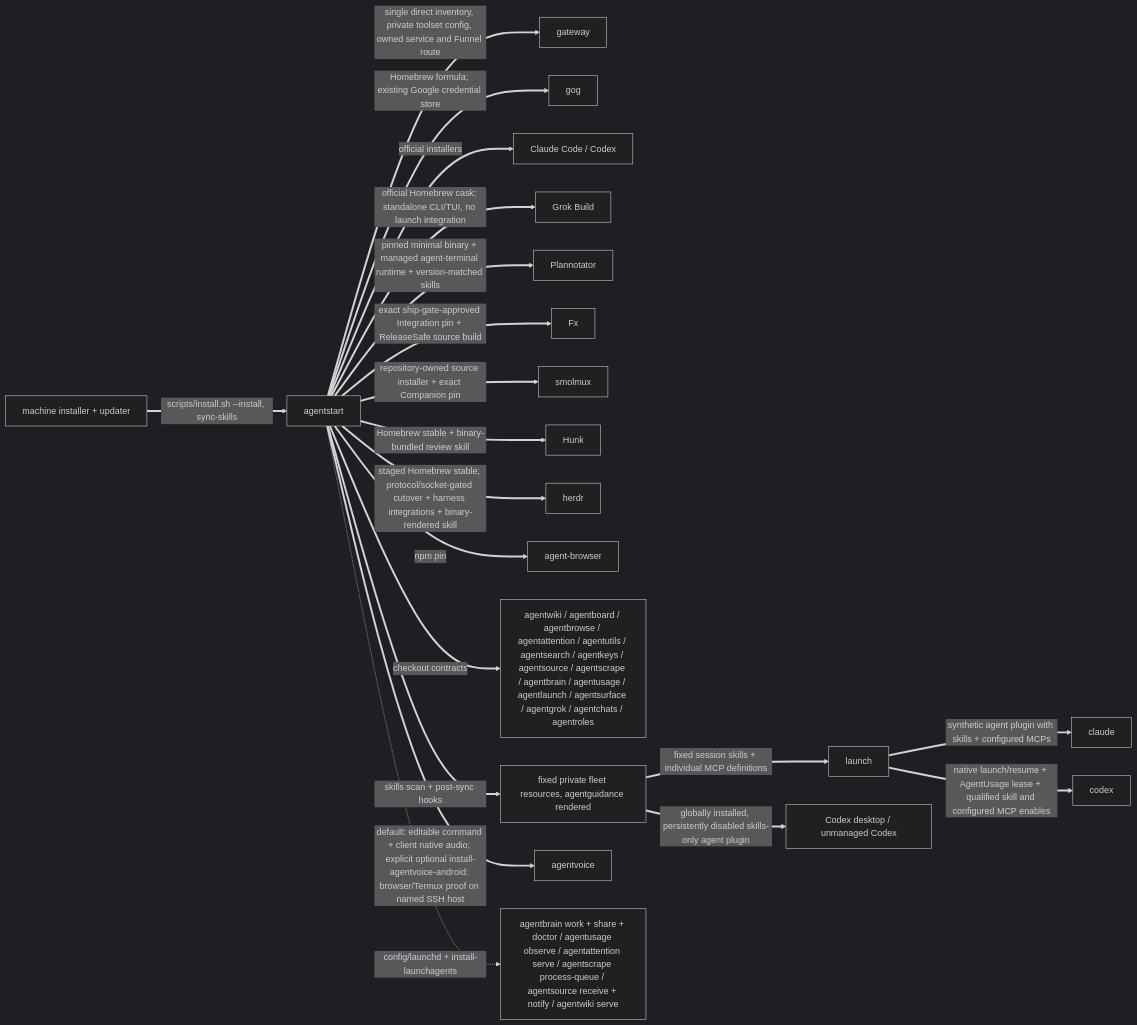
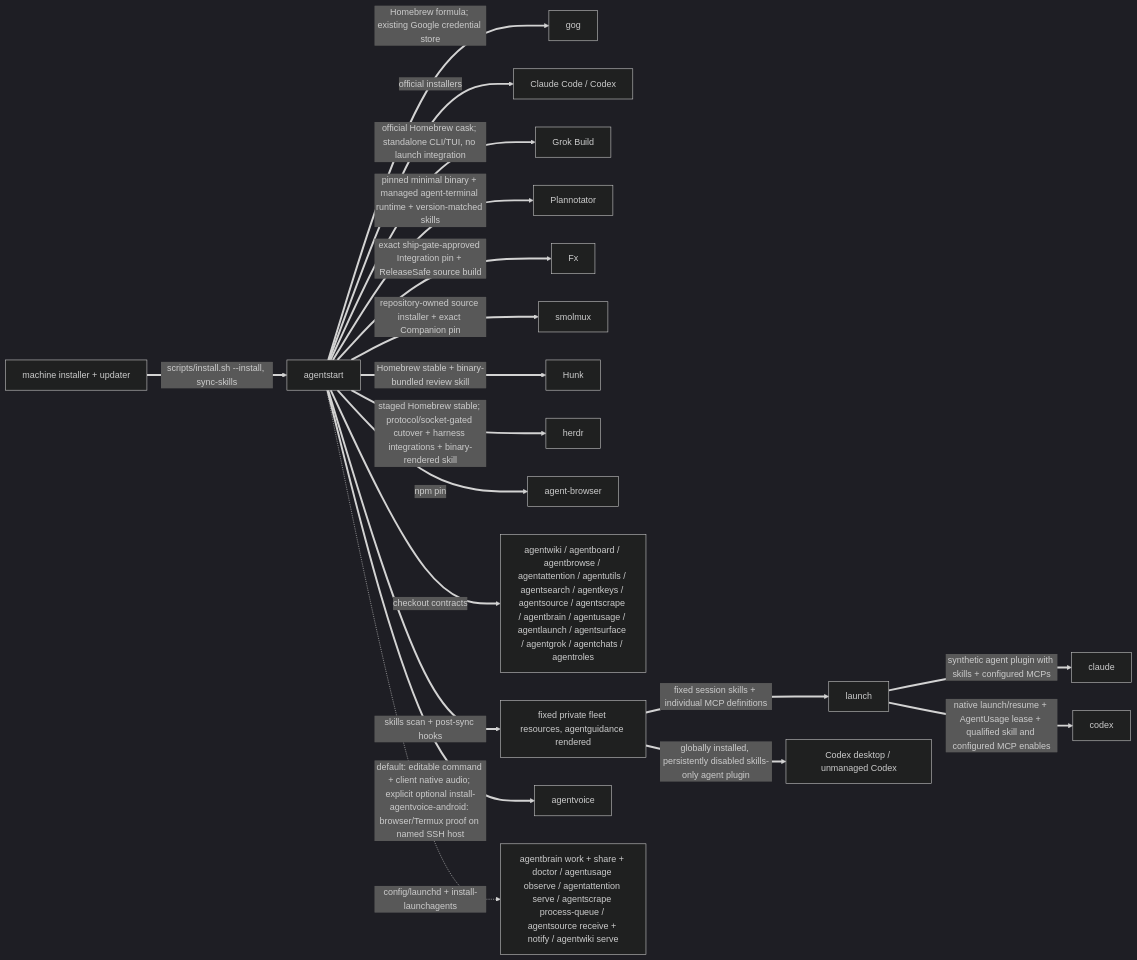
Before and after one commit to possibilities/agentstart: the second of 3 diagrams in skills/fleet/MAP.md, drawn with Mermaid (dark theme). The commit also changed other lines of this file and 20 other files, not shown here.

First line of the commit message:
Retire the AgentStart HTTP MCP gateway and Funnel /mcp route.

````diff
--- a/skills/fleet/MAP.md
+++ b/skills/fleet/MAP.md
@@ -104,25 +102,24 @@
 ```mermaid
 flowchart LR
     machine[machine installer + updater]
     start[agentstart]
 
     machine ==>|scripts/install.sh --install, sync-skills| start
-    start ==>|single direct inventory, private toolset config, owned service and Funnel route| gateway
     start ==>|Homebrew formula; existing Google credential store| gog
     start ==>|official installers| harnesses[Claude Code / Codex]
     start ==>|official Homebrew cask; standalone CLI/TUI, no launch integration| grok[Grok Build]
     start ==>|pinned minimal binary + managed agent-terminal runtime + version-matched skills| plannotator[Plannotator]
     start ==>|exact ship-gate-approved Integration pin + ReleaseSafe source build| fx[Fx]
     start ==>|repository-owned source installer + exact Companion pin| smolmuxInstall[smolmux]
     start ==>|Homebrew stable + binary-bundled review skill| hunk[Hunk]
     start ==>|staged Homebrew stable; protocol/socket-gated cutover + harness integrations + binary-rendered skill| herdrInstall[herdr]
     start ==>|npm pin| browser[agent-browser]
     start ==>|checkout contracts| fleet[agentwiki / agentboard / agentbrowse / agentattention / agentutils / agentsearch / agentkeys / agentsource / agentscrape / agentbrain / agentusage / agentlaunch / agentsurface / agentgrok / agentchats / agentroles]
     start ==>|skills scan + post-sync hooks| skills[fixed private fleet resources, agentguidance rendered]
     start ==>|default: editable command + client native audio; explicit optional install-agentvoice-android: browser/Termux proof on named SSH host| voiceInstall[agentvoice]
     skills ==>|fixed session skills + individual MCP definitions| launch
     launch ==>|synthetic agent plugin with skills + configured MCPs| claude
     launch ==>|native launch/resume + AgentUsage lease + qualified skill and configured MCP enables| codex
     skills ==>|globally installed, persistently disabled skills-only agent plugin| codexDesktop[Codex desktop / unmanaged Codex]
     start -.->|config/launchd + install-launchagents| services[agentbrain work + share + doctor / agentusage observe / agentattention serve / agentscrape process-queue / agentsource receive + notify / agentwiki serve]
 ```
````
